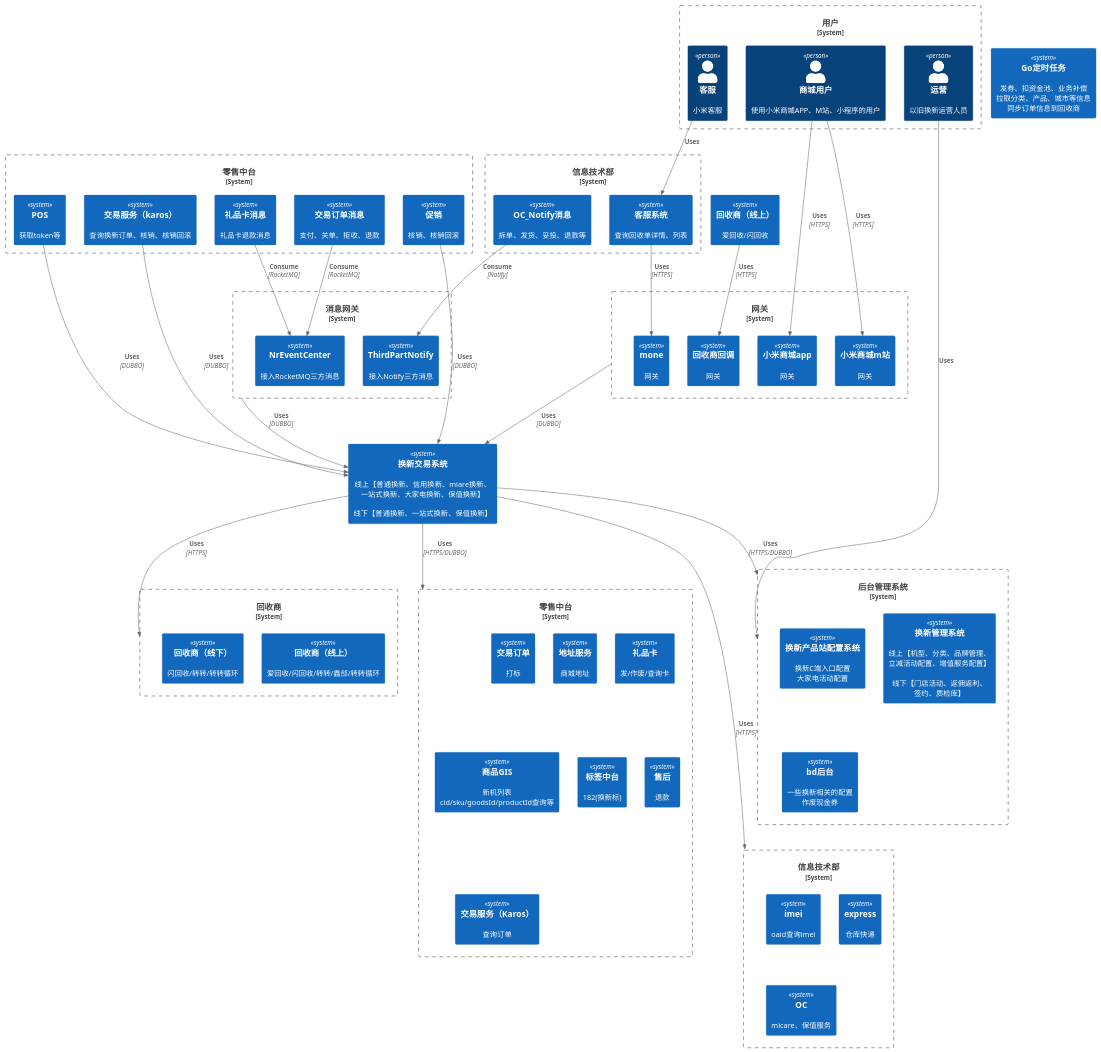
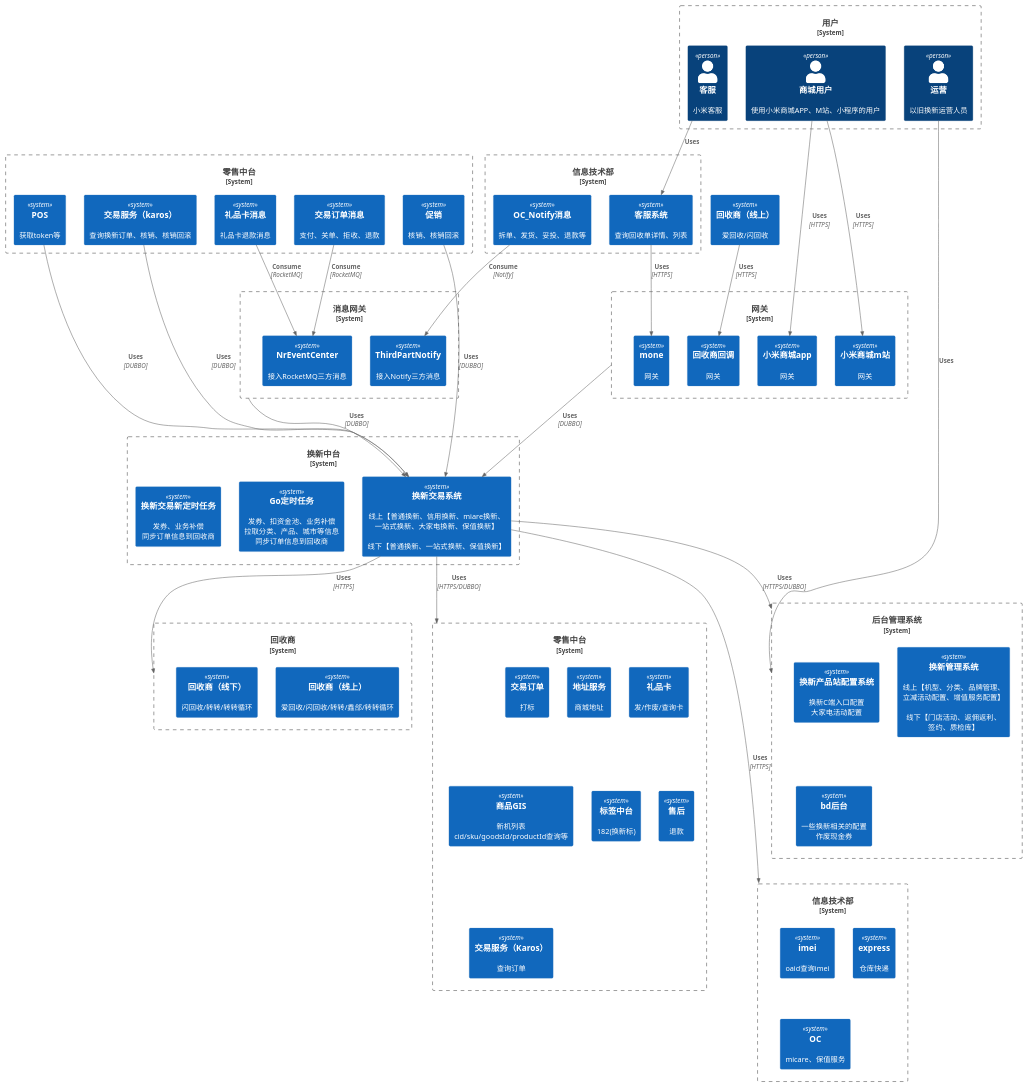
The diagram in src/main/java/uml/recycle/System_Context.puml (HanyuKing/learn-jdk), drawn with PlantUML before and after one commit.

Commit message:
system boundary

```diff
--- a/src/main/java/uml/recycle/System_Context.puml
+++ b/src/main/java/uml/recycle/System_Context.puml
@@ -1,90 +1,92 @@
 @startuml C4_Elements
 !include https://raw.githubusercontent.com/plantuml-stdlib/C4-PlantUML/master/C4_Container.puml
 
 System_Boundary(users, "用户") {
     Person(miUser, "商城用户", "使用小米商城APP、M站、小程序的用户")
     Person(miOperator, "运营", "以旧换新运营人员")
     Person(miKefu, "客服", "小米客服")
 }
 
-System(mishop_recycle_crond, "Go定时任务", "发券、扣资金池、业务补偿\n拉取分类、产品、城市等信息\n同步订单信息到回收商")
-
-System(nr_recycle, "换新交易系统", "线上【普通换新、信用换新、miare换新、\n一站式换新、大家电换新、保值换新】\n\n线下【普通换新、一站式换新、保值换新】")
+System_Boundary(recycle_middle, "换新中台") {
+    System(nr_recycle, "换新交易系统", "线上【普通换新、信用换新、miare换新、\n一站式换新、大家电换新、保值换新】\n\n线下【普通换新、一站式换新、保值换新】")
+    System(mishop_recycle_crond, "Go定时任务", "发券、扣资金池、业务补偿\n拉取分类、产品、城市等信息\n同步订单信息到回收商")
+    System(recycle_cron, "换新交易新定时任务", "发券、业务补偿\n同步订单信息到回收商")
+}
 
 System_Boundary(message_gateway, "消息网关") {
     System(thirdpart_notify, "ThirdPartNotify", "接入Notify三方消息")
     System(nr_event_center, "NrEventCenter", "接入RocketMQ三方消息")
 }
 
 System_Boundary(backend, "后台管理系统") {
     System(mishop_recycleconf, "换新产品站配置系统", "换新C端入口配置\n大家电活动配置")
     System(recycle_management, "换新管理系统", "线上【机型、分类、品牌管理、\n立减活动配置、增值服务配置】\n\n线下【门店活动、返佣返利、\n签约、质检库】")
     System(bd_backend, "bd后台", "一些换新相关的配置\n作废现金券")
 }
 System_Boundary(gateway, "网关") {
     System(mishop_oscar, "小米商城app", "网关")
     System(m_mi_com_go, "小米商城m站", "网关")
     System(mishop_recycle_callback, "回收商回调", "网关")
     System(mone, "mone", "网关")
 }
 
 System_Boundary(middle_from, "零售中台") {
     System(ecard_message, "礼品卡消息", "礼品卡退款消息")
     System(karos2, "交易服务（karos）", "查询换新订单、核销、核销回滚")
     System(nr_order_message, "交易订单消息", "支付、关单、拒收、退款")
     System(pos, "POS", "获取token等")
     System(promotion, "促销", "核销、核销回滚")
 }
 
 System_Boundary(xinxi_tech_from, "信息技术部") {
     System(kefu, "客服系统", "查询回收单详情、列表")
     System(oc_notify, "OC_Notify消息", "拆单、发货、妥投、退款等")
 }
 
 System_Boundary(middle_to, "零售中台") {
     System(nr_order, "交易订单", "打标")
     System(shopapi_address, "地址服务", "商城地址")
     System(ecard, "礼品卡", "发/作废/查询卡")
     System(gis, "商品GIS", "新机列表\ncid/sku/goodsId/productId查询等")
     System(tag_center, "标签中台", "182(换新标)")
     System(aftersale, "售后", "退款")
     System(karos, "交易服务（Karos）", "查询订单")
 }
 
 System_Boundary(xinxi_tech_to, "信息技术部") {
     System(imei, "imei", "oaid查询imei")
     System(express, "express", "仓库快递")
     System(OC, "OC", "micare、保值服务")
 }
 
 System_Boundary(recycle_sys, "回收商") {
     System(recycler, "回收商（线上）", "爱回收/闪回收/转转/鑫郃/转转循环")
     System(recycler_offline, "回收商（线下）", "闪回收/转转/转转循环")
 }
 
 System(recycler2, "回收商（线上）", "爱回收/闪回收")
 
 Rel(miOperator, backend, "Uses", "")
 Rel(miUser, mishop_oscar, "Uses", "HTTPS")
 Rel(miUser, m_mi_com_go, "Uses", "HTTPS")
 Rel(miKefu, kefu, "Uses")
 
 Rel(nr_recycle, backend, "Uses", "HTTPS/DUBBO")
 Rel(nr_recycle, recycle_sys, "Uses", "HTTPS")
 Rel(nr_recycle, middle_to, "Uses", "HTTPS/DUBBO")
 Rel(nr_recycle, xinxi_tech_to, "Uses", "HTTPS")
 
 Rel(message_gateway, nr_recycle, "Uses", "DUBBO")
 Rel(gateway, nr_recycle, "Uses", "DUBBO")
 Rel(kefu, mone, "Uses", "HTTPS")
 Rel(karos2, nr_recycle, "Uses", "DUBBO")
 Rel(pos, nr_recycle, "Uses", "DUBBO")
 Rel(promotion, nr_recycle, "Uses", "DUBBO")
 
 Rel(oc_notify, thirdpart_notify, "Consume", "Notify")
 Rel(nr_order_message, nr_event_center, "Consume", "RocketMQ")
 Rel(ecard_message, nr_event_center, "Consume", "RocketMQ")
 
 Rel(recycler2, mishop_recycle_callback, "Uses", "HTTPS")
 
 @enduml
```
